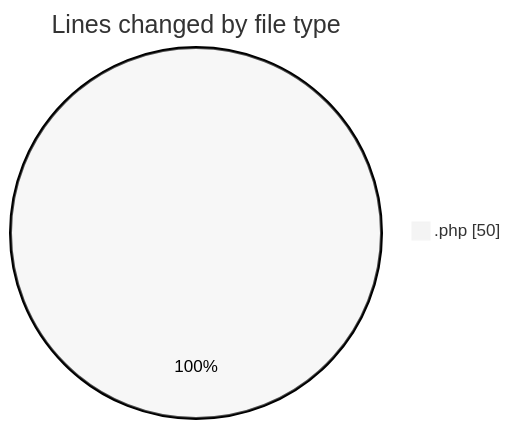
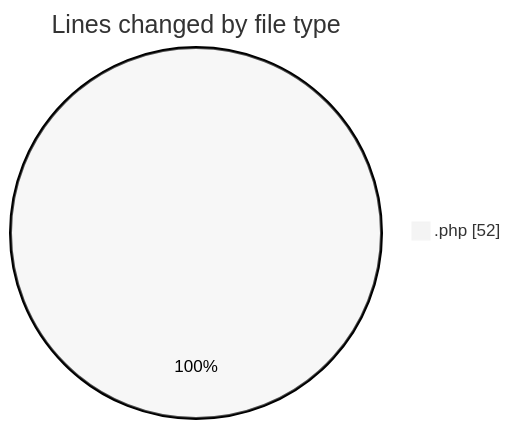
The first of 2 diagrams in 2025-03-29/autodidak/README.md (idhammustaqopulfikri/code-tracking), drawn with Mermaid (neutral theme) before and after one commit. The commit also changed other lines of this file and 1 other file, not shown here.

````diff
--- a/2025-03-29/autodidak/README.md
+++ b/2025-03-29/autodidak/README.md
@@ -20,5 +20,5 @@
 ```mermaid
 pie showData
 title Lines changed by file type
-".php" : 50
+".php" : 52
 ```
````
